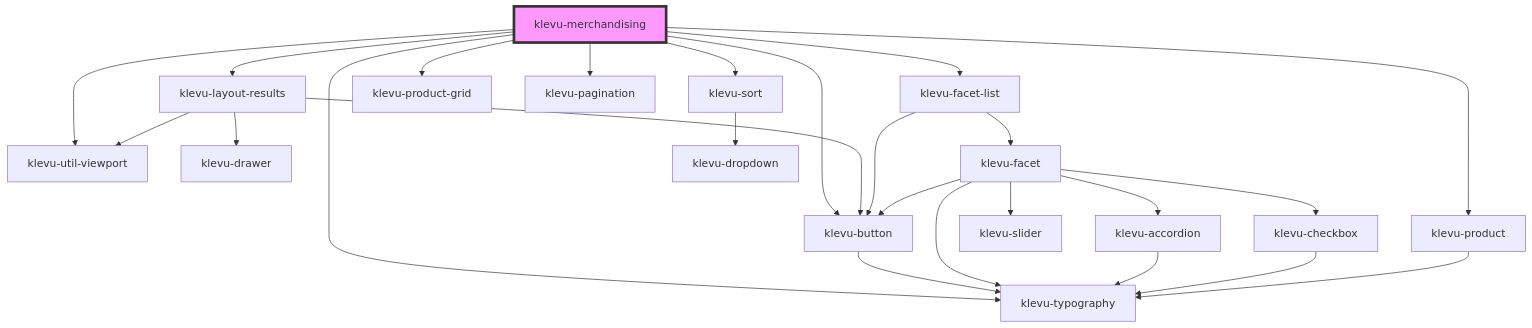
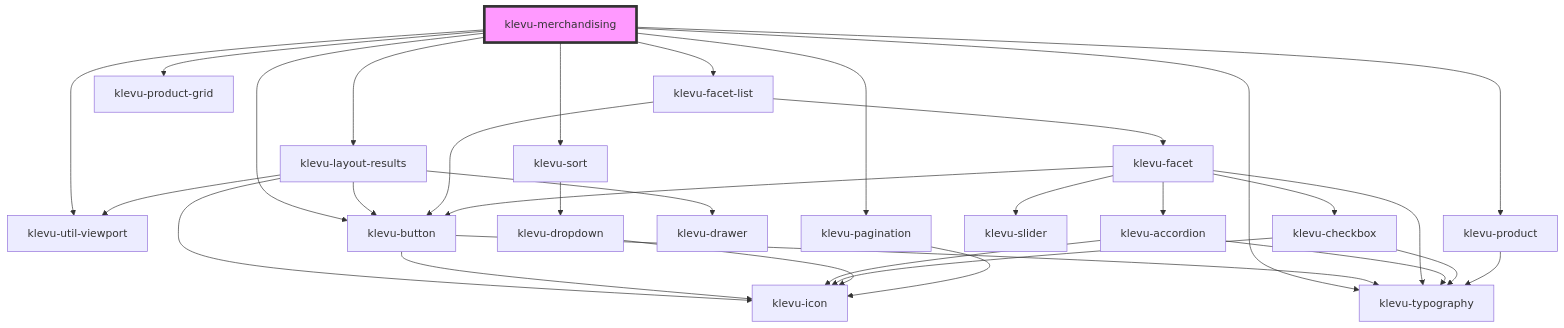
Before and after one commit to klevultd/frontend-sdk: the diagram in packages/klevu-ui/src/components/klevu-merchandising/readme.md, drawn with Mermaid. The commit also changed 80 other files, not shown here.

Commit message:
Create a klevu-icon component

````diff
--- a/packages/klevu-ui/src/components/klevu-merchandising/readme.md
+++ b/packages/klevu-ui/src/components/klevu-merchandising/readme.md
@@ -41,28 +41,34 @@
 ```mermaid
 graph TD;
   klevu-merchandising --> klevu-util-viewport
   klevu-merchandising --> klevu-layout-results
   klevu-merchandising --> klevu-facet-list
   klevu-merchandising --> klevu-typography
   klevu-merchandising --> klevu-sort
   klevu-merchandising --> klevu-product-grid
   klevu-merchandising --> klevu-product
   klevu-merchandising --> klevu-pagination
   klevu-merchandising --> klevu-button
   klevu-layout-results --> klevu-util-viewport
   klevu-layout-results --> klevu-button
+  klevu-layout-results --> klevu-icon
   klevu-layout-results --> klevu-drawer
+  klevu-button --> klevu-icon
   klevu-button --> klevu-typography
   klevu-facet-list --> klevu-facet
   klevu-facet-list --> klevu-button
   klevu-facet --> klevu-accordion
   klevu-facet --> klevu-typography
   klevu-facet --> klevu-slider
   klevu-facet --> klevu-checkbox
   klevu-facet --> klevu-button
   klevu-accordion --> klevu-typography
+  klevu-accordion --> klevu-icon
+  klevu-checkbox --> klevu-icon
   klevu-checkbox --> klevu-typography
   klevu-sort --> klevu-dropdown
+  klevu-dropdown --> klevu-icon
   klevu-product --> klevu-typography
+  klevu-pagination --> klevu-icon
   style klevu-merchandising fill:#f9f,stroke:#333,stroke-width:4px
 ```
````
